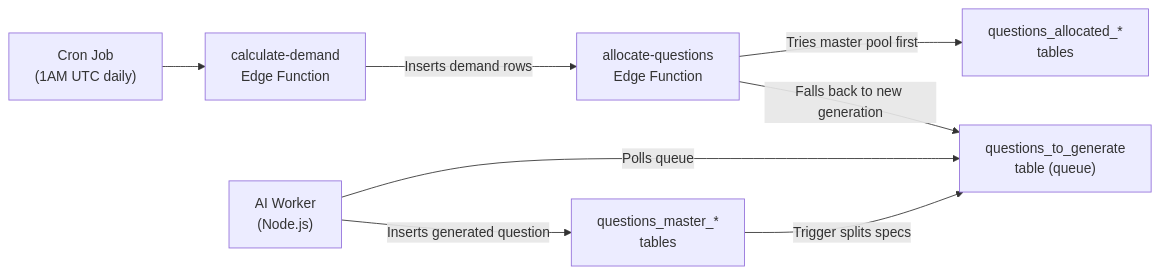
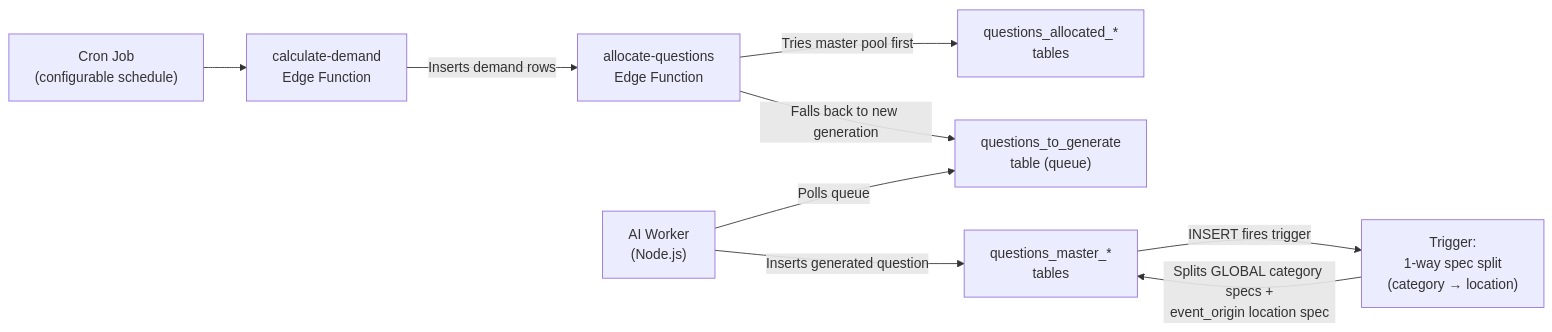
Before and after one commit to Harveypr10/ElementleGame: the first of 2 diagrams in docs/question_generation_workflow.md, drawn with Mermaid. The commit also changed other lines of this file and 37 other files, not shown here.

````diff
--- a/docs/question_generation_workflow.md
+++ b/docs/question_generation_workflow.md
@@ -34,18 +37,20 @@
 ```mermaid
 flowchart LR
-    CRON["Cron Job<br/>(1AM UTC daily)"]
+    CRON["Cron Job<br/>(configurable schedule)"]
     CD["calculate-demand<br/>Edge Function"]
     AQ["allocate-questions<br/>Edge Function"]
     QTG["questions_to_generate<br/>table (queue)"]
     WORKER["AI Worker<br/>(Node.js)"]
     MASTER["questions_master_*<br/>tables"]
     ALLOC["questions_allocated_*<br/>tables"]
+    TRIGGER["Trigger:<br/>1-way spec split<br/>(category → location)"]
 
     CRON --> CD
     CD -->|"Inserts demand rows"| AQ
     AQ -->|"Tries master pool first"| ALLOC
     AQ -->|"Falls back to new generation"| QTG
     WORKER -->|"Polls queue"| QTG
     WORKER -->|"Inserts generated question"| MASTER
-    MASTER -->|"Trigger splits specs"| QTG
+    MASTER -->|"INSERT fires trigger"| TRIGGER
+    TRIGGER -->|"Splits GLOBAL category specs +<br/>event_origin location spec"| MASTER
 ```
````
